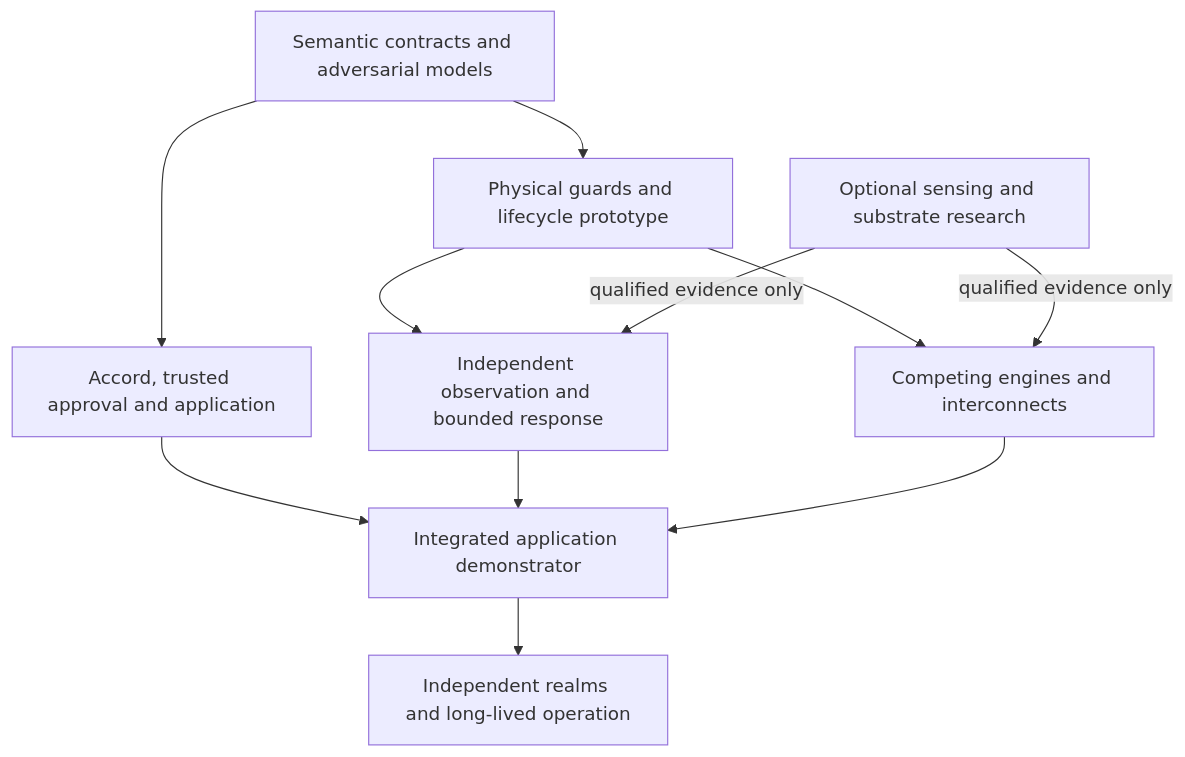
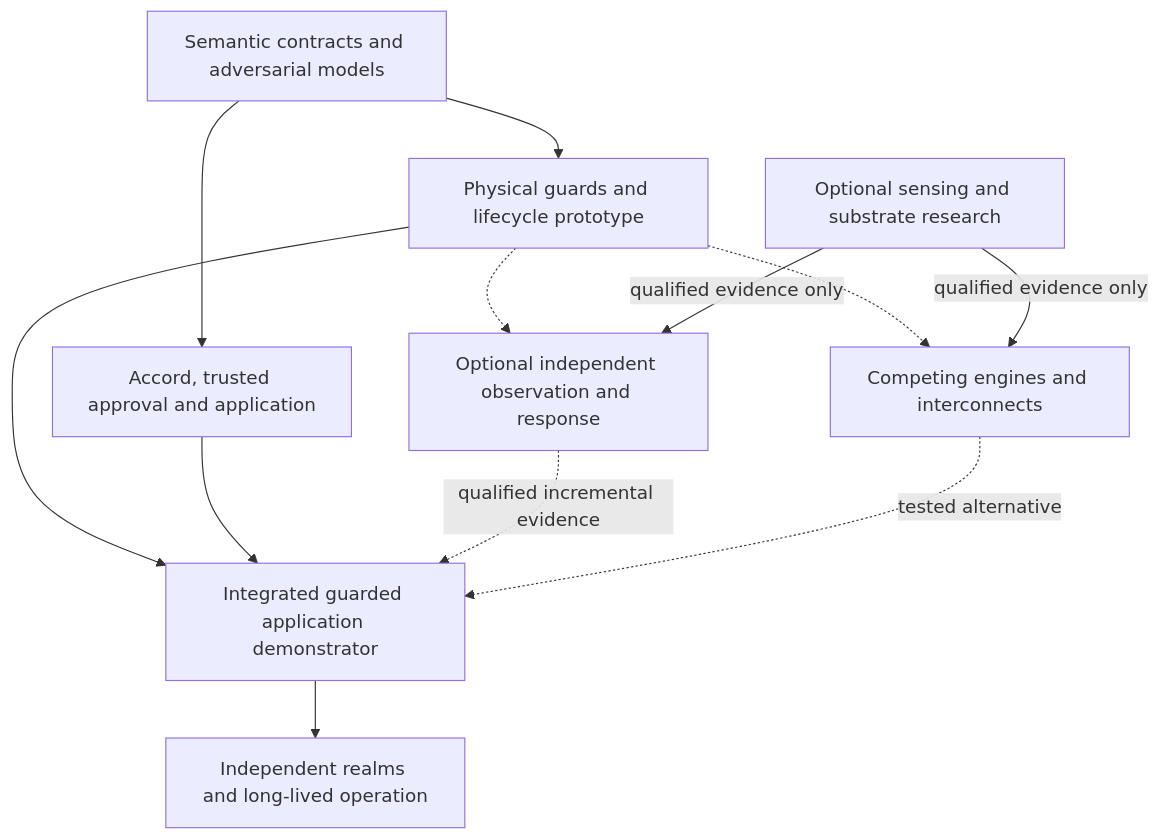
Before and after one commit to nshkrdotcom/ASKA: the diagram in 60_research_program_and_architectural_decisions.md, drawn with Mermaid. The commit also changed other lines of this file and 48 other files, not shown here.

````diff
--- a/60_research_program_and_architectural_decisions.md
+++ b/60_research_program_and_architectural_decisions.md
@@ -38,13 +40,14 @@
 ```mermaid
 flowchart TB
   S["Semantic contracts and adversarial models"] --> G["Physical guards and lifecycle prototype"]
   S --> A["Accord, trusted approval and application"]
-  G --> O["Independent observation and bounded response"]
-  G --> T["Competing engines and interconnects"]
-  A --> I["Integrated application demonstrator"]
-  O --> I
-  T --> I
+  G --> I["Integrated guarded application demonstrator"]
+  A --> I
+  G -.-> O["Optional independent observation and response"]
+  O -.->|qualified incremental evidence| I
+  G -.-> T["Competing engines and interconnects"]
+  T -.->|tested alternative| I
   I --> D["Independent realms and long-lived operation"]
   F["Optional sensing and substrate research"] -->|"qualified evidence only"| T
   F -->|"qualified evidence only"| O
 ```
````
